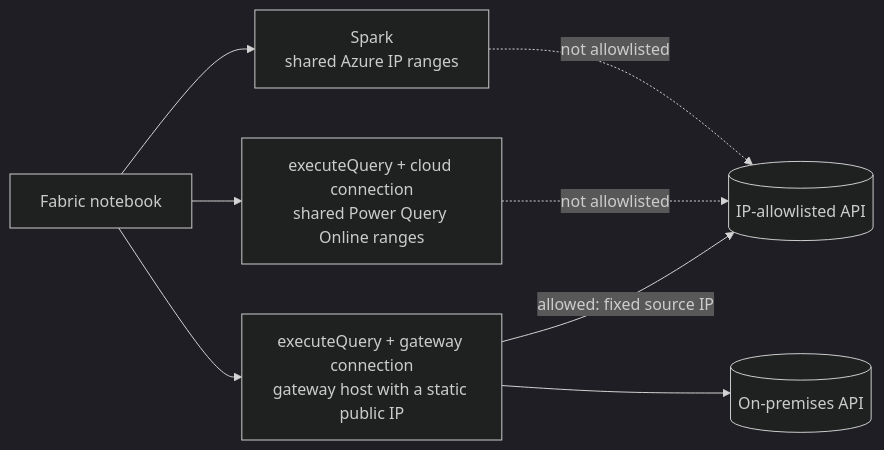
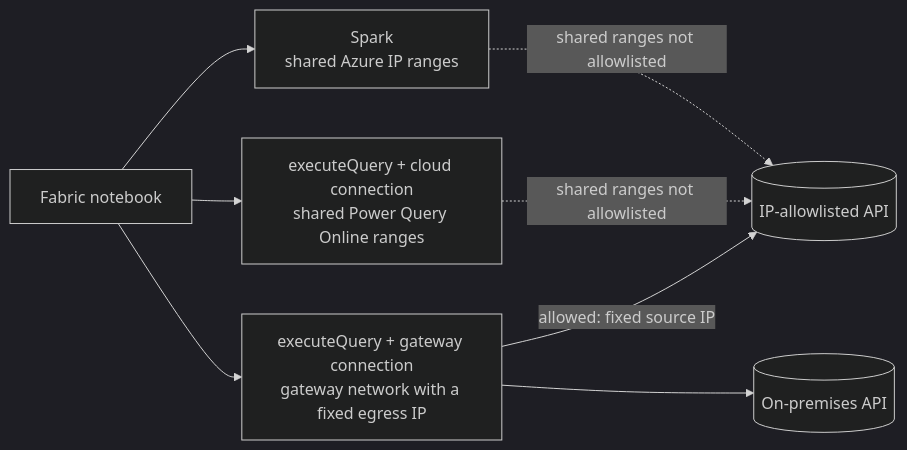
One commit to jdocampo/fabric-blog changed the diagram in src/content/blog/power-query-in-fabric-notebooks.md. Above: the diagram before and after it, drawn with Mermaid (dark theme). The commit also changed other lines of this file and 1 other file, not shown here.

First line of the commit message:
Clarify Power Query guidance and ingestion scale

````diff
--- a/src/content/blog/power-query-in-fabric-notebooks.md
+++ b/src/content/blog/power-query-in-fabric-notebooks.md
@@ -193,17 +188,17 @@
 ```mermaid
 flowchart LR
     NB["Fabric notebook"]
     SP["Spark<br/>shared Azure IP ranges"]
     PQ["executeQuery + cloud connection<br/>shared Power Query Online ranges"]
-    GW["executeQuery + gateway connection<br/>gateway host with a static public IP"]
+    GW["executeQuery + gateway connection<br/>gateway network with a fixed egress IP"]
     API[("IP-allowlisted API")]
     ONP[("On-premises API")]
 
     NB --> SP
     NB --> PQ
     NB --> GW
-    SP -.->|not allowlisted| API
-    PQ -.->|not allowlisted| API
+    SP -.->|shared ranges not allowlisted| API
+    PQ -.->|shared ranges not allowlisted| API
     GW -->|"allowed: fixed source IP"| API
     GW --> ONP
 ```
````
